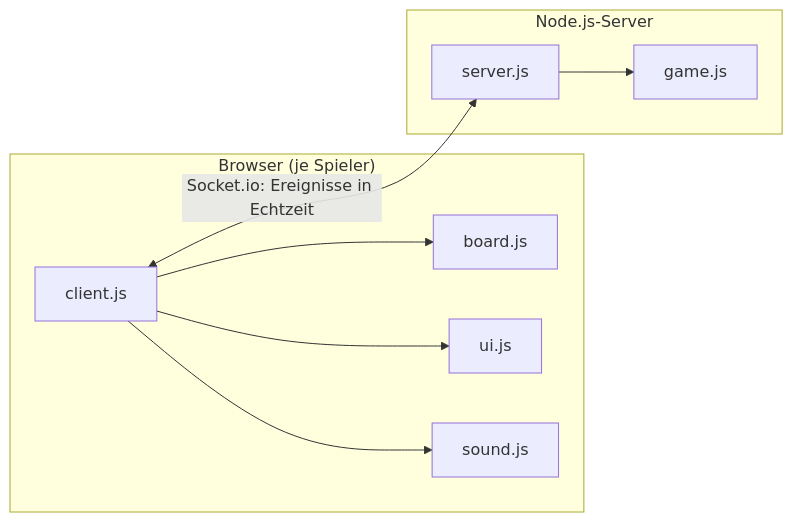
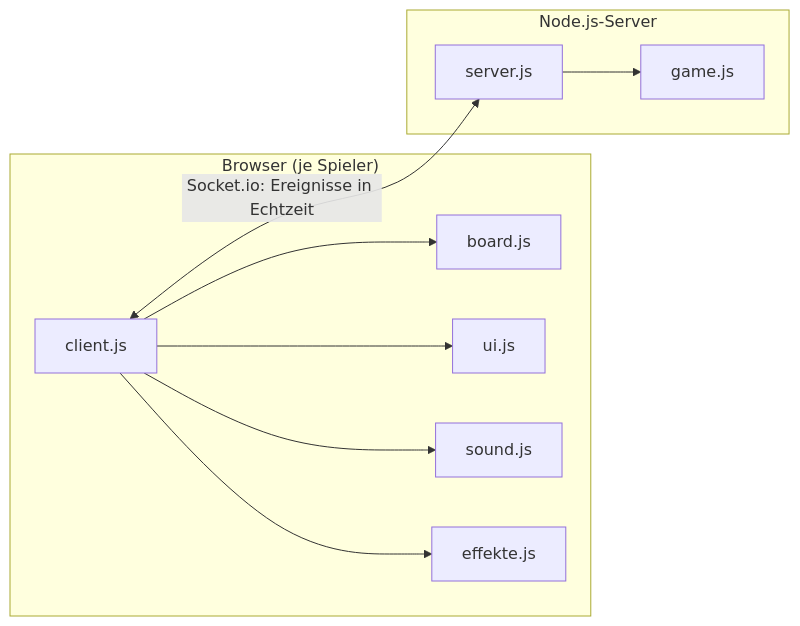
One commit to philippmilosev2109/hex changed the first of 2 diagrams in README.md. Above: the diagram before and after it, drawn with Mermaid. The commit also changed other lines of this file, not shown here.

First line of the commit message:
README: Review-Befunde korrigiert (Node-Version, Zugablauf, Zustände, Chat, Lobby, turn, Port, Diagramm, Steinsymbole)

````diff
--- a/README.md
+++ b/README.md
@@ -156,12 +158,13 @@
 ```mermaid
 flowchart LR
   subgraph Browser["Browser (je Spieler)"]
     C[client.js] --> B[board.js]
     C --> U[ui.js]
     C --> S[sound.js]
+    C --> E[effekte.js]
   end
   subgraph Server["Node.js-Server"]
     SV[server.js] --> G[game.js]
   end
   C <-->|"Socket.io: Ereignisse in Echtzeit"| SV
 ```
````
